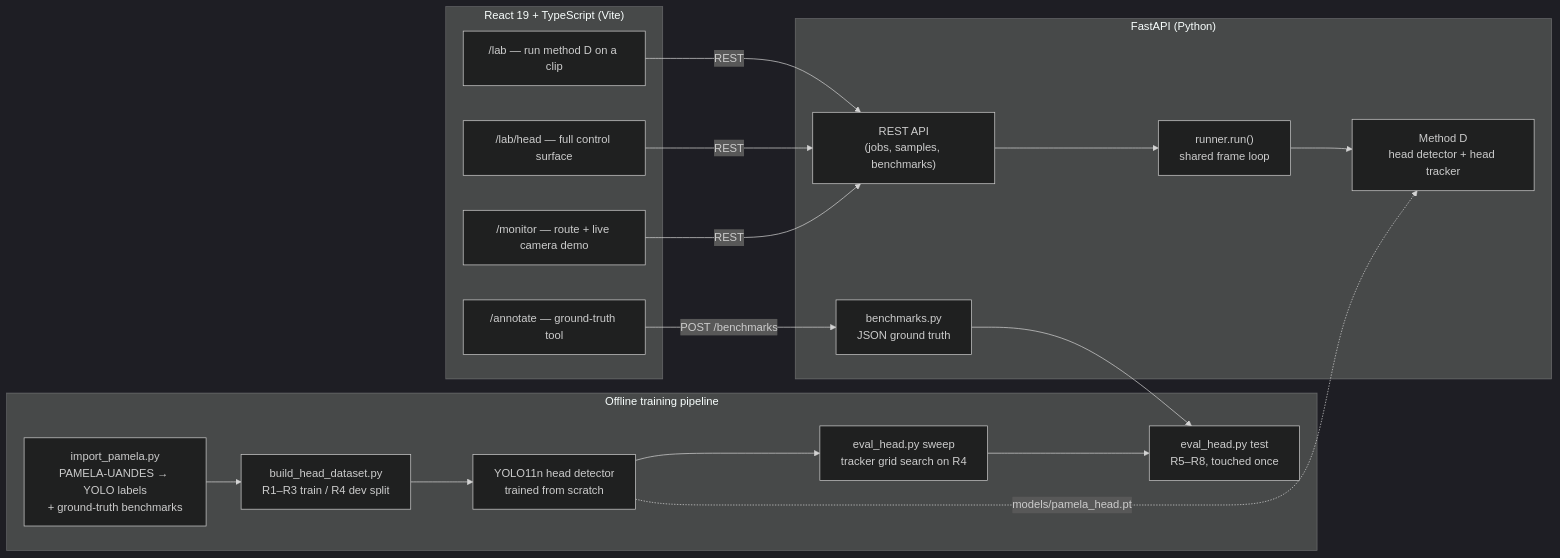
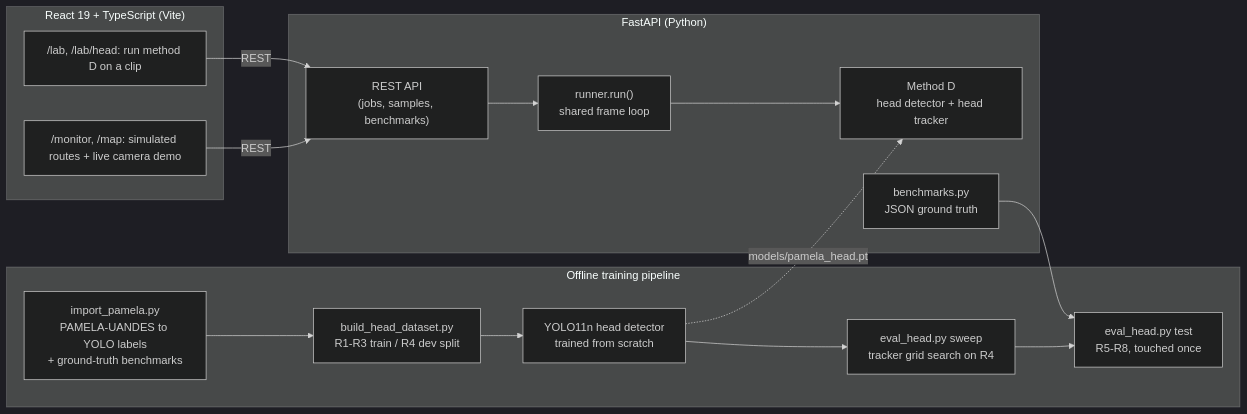
Before and after one commit to Alishnis/crowdless-app: the first of 3 diagrams in README.md, drawn with Mermaid (dark theme). The commit also changed other lines of this file, not shown here.

````diff
--- a/README.md
+++ b/README.md
@@ -51,34 +34,30 @@
 ```mermaid
 flowchart LR
     subgraph Frontend["React 19 + TypeScript (Vite)"]
-        Lab["/lab — run method D on a clip"]
-        Method["/lab/head — full control surface"]
-        Annotate["/annotate — ground-truth tool"]
-        Monitor["/monitor — route + live camera demo"]
+        Lab["/lab, /lab/head: run method D on a clip"]
+        Monitor["/monitor, /map: simulated routes + live camera demo"]
     end
 
     subgraph Backend["FastAPI (Python)"]
         API["REST API\n(jobs, samples, benchmarks)"]
         Runner["runner.run()\nshared frame loop"]
         MethodD["Method D\nhead detector + head tracker"]
         Bench["benchmarks.py\nJSON ground truth"]
     end
 
     subgraph Training["Offline training pipeline"]
-        Import["import_pamela.py\nPAMELA-UANDES → YOLO labels\n+ ground-truth benchmarks"]
-        BuildDS["build_head_dataset.py\nR1–R3 train / R4 dev split"]
+        Import["import_pamela.py\nPAMELA-UANDES to YOLO labels\n+ ground-truth benchmarks"]
+        BuildDS["build_head_dataset.py\nR1-R3 train / R4 dev split"]
         TrainDet["YOLO11n head detector\ntrained from scratch"]
         Tune["eval_head.py sweep\ntracker grid search on R4"]
-        Test["eval_head.py test\nR5–R8, touched once"]
+        Test["eval_head.py test\nR5-R8, touched once"]
     end
 
     Lab -- "REST" --> API
-    Method -- "REST" --> API
-    Annotate -- "POST /benchmarks" --> Bench
     Monitor -- "REST" --> API
     API --> Runner
     Runner --> MethodD
     Bench --> Test
     Import --> BuildDS --> TrainDet --> Tune --> Test
     TrainDet -.->|"models/pamela_head.pt"| MethodD
 ```
````
